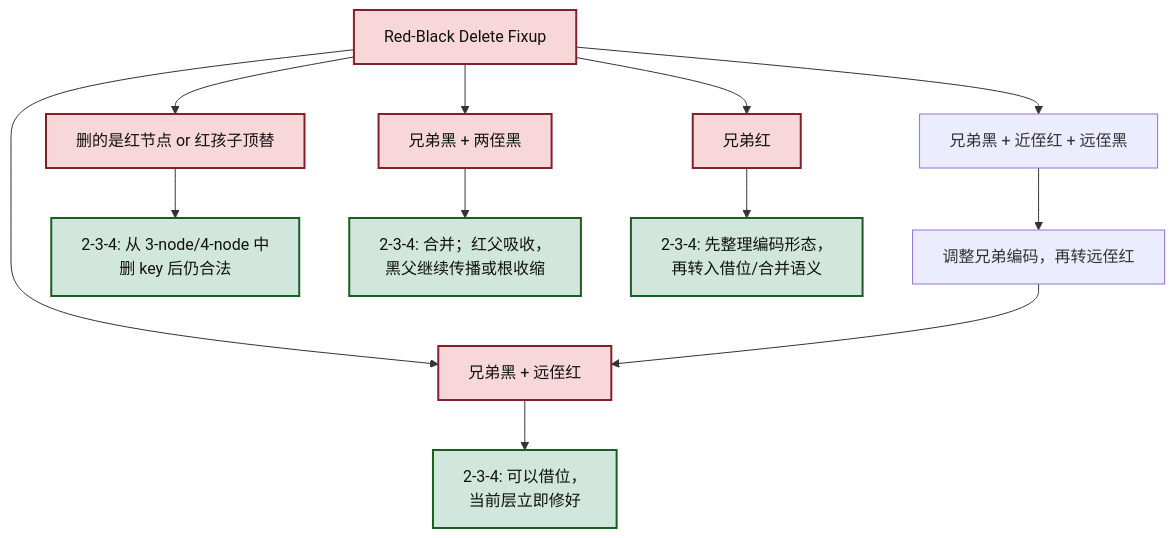
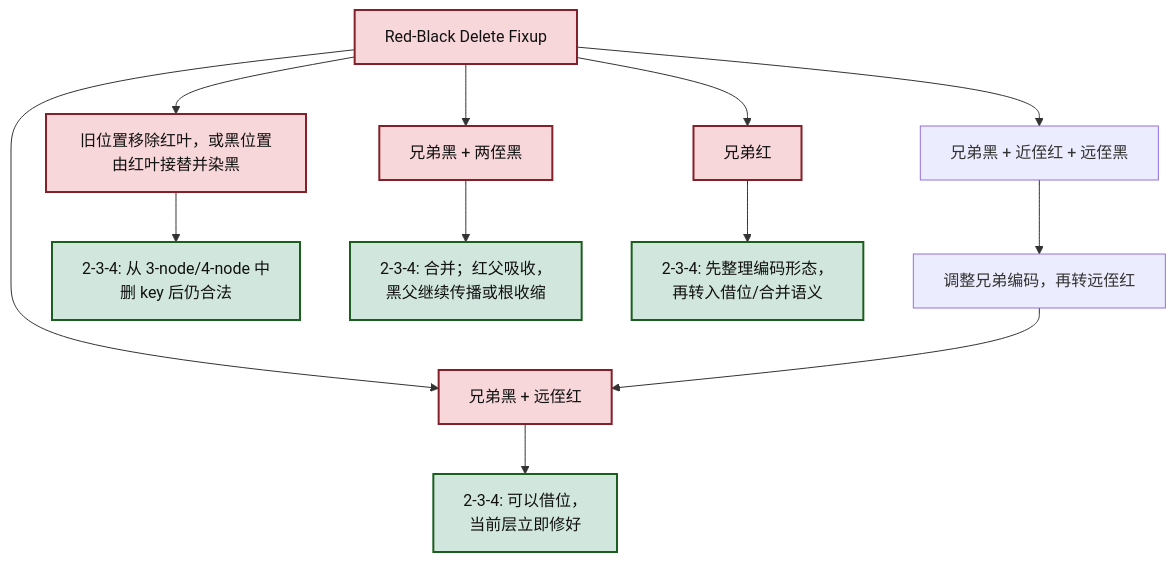
Diagram 15 of 15 in knowledge/linux/data_structures/红黑树_rb-tree/P33_从多路删除到红黑缺口.md (FormingSystem/linux_note), drawn with Mermaid before and after one commit. The commit also changed other lines of this file and 5 other files, not shown here.

````diff
--- a/knowledge/linux/data_structures/红黑树_rb-tree/P33_从多路删除到红黑缺口.md
+++ b/knowledge/linux/data_structures/红黑树_rb-tree/P33_从多路删除到红黑缺口.md
@@ -494,20 +515,20 @@
 ```mermaid
 flowchart TD
-	A["Red-Black Delete Fixup"] --> B["删的是红节点 or 红孩子顶替"]
+	A["Red-Black Delete Fixup"] --> B["旧位置移除红叶，或黑位置由红叶接替并染黑"]
 	A --> C["兄弟黑 + 两侄黑"]
 	A --> D["兄弟黑 + 远侄红"]
 	A --> E["兄弟红"]
 	A --> F["兄弟黑 + 近侄红 + 远侄黑"]
 	F --> F2["调整兄弟编码，再转远侄红"]
 	F2 --> D
 
 	B --> B2["2-3-4: 从 3-node/4-node 中<br/>删 key 后仍合法"]
 	C --> C2["2-3-4: 合并；红父吸收，<br/>黑父继续传播或根收缩"]
 	D --> D2["2-3-4: 可以借位，<br/>当前层立即修好"]
 	E --> E2["2-3-4: 先整理编码形态，<br/>再转入借位/合并语义"]
 
 	classDef rb fill:#f8d7da,stroke:#842029,color:#111,stroke-width:2px;
 	classDef t234 fill:#d1e7dd,stroke:#1b5e20,color:#111,stroke-width:2px;
 	class A,B,C,D,E rb;
 	class B2,C2,D2,E2 t234;
 ```
````
